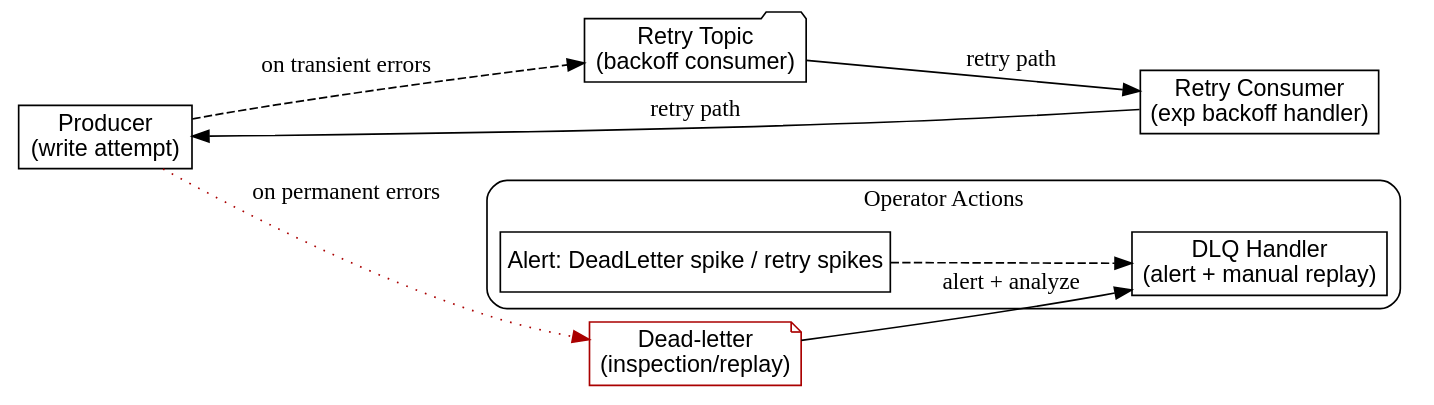
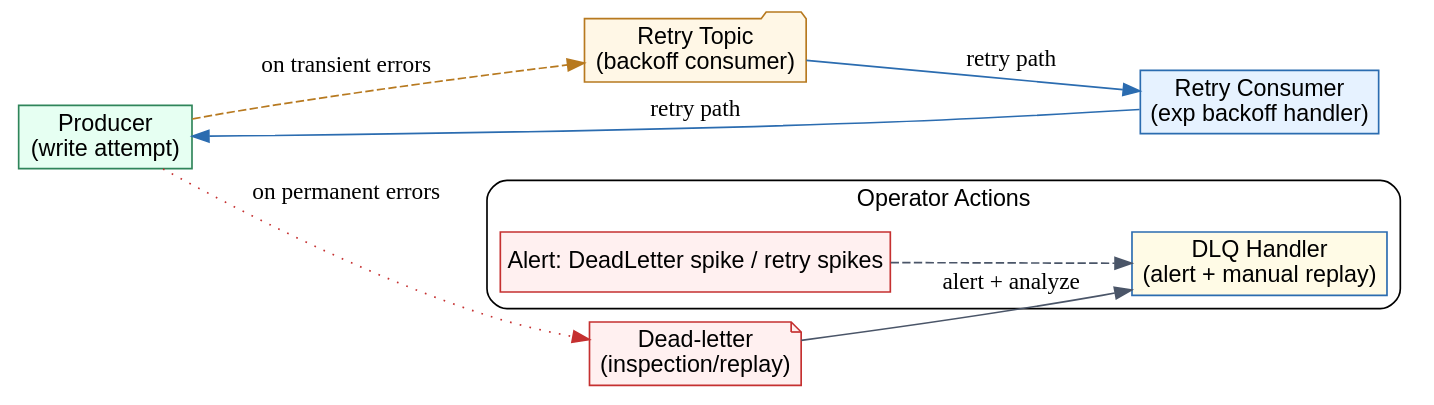
The diagram in doc/plantuml/retry_deadletter_flow.dot (maxiaolu1981/cretem), drawn with Graphviz before and after one commit. The commit also changed 26 other files, not shown here.

Commit message:
docs(diagrams): unify graphviz style (palette + fonts) and re-render

```diff
--- a/doc/plantuml/retry_deadletter_flow.dot
+++ b/doc/plantuml/retry_deadletter_flow.dot
@@ -1,22 +1,23 @@
 digraph retry_deadletter_flow {
   rankdir=LR;
-  node [shape=box, fontname="Arial"];
+  graph [fontname="Arial"];
+  node [shape=box, fontname="Arial", fillcolor="#F7FAFC", style=filled, color="#2B6CB0"];
 
-  producer [label="Producer\n(write attempt)"];
-  retry_topic [label="Retry Topic\n(backoff consumer)", shape=folder];
-  dead [label="Dead-letter\n(inspection/replay)", shape=note, color="#aa0000"];
-  retry_consumer [label="Retry Consumer\n(exp backoff handler)"];
-  dlq_handler [label="DLQ Handler\n(alert + manual replay)"];
+  producer [label="Producer\n(write attempt)", fillcolor="#E6FFF2", color="#2F855A"];
+  retry_topic [label="Retry Topic\n(backoff consumer)", shape=folder, fillcolor="#FFF7E6", color="#B7791F"];
+  dead [label="Dead-letter\n(inspection/replay)", shape=note, color="#C53030", fillcolor="#FFF0F0", style=filled];
+  retry_consumer [label="Retry Consumer\n(exp backoff handler)", fillcolor="#E6F2FF"];
+  dlq_handler [label="DLQ Handler\n(alert + manual replay)", fillcolor="#FFFBE6"];
 
-  producer -> retry_topic [label="on transient errors", style=dashed];
-  producer -> dead [label="on permanent errors", style=dotted, color="#aa0000"];
-  retry_topic -> retry_consumer -> producer [label="retry path"];
-  dead -> dlq_handler [label="alert + analyze"];
+  producer -> retry_topic [label="on transient errors", style=dashed, color="#B7791F"];
+  producer -> dead [label="on permanent errors", style=dotted, color="#C53030"];
+  retry_topic -> retry_consumer -> producer [label="retry path", color="#2B6CB0"];
+  dead -> dlq_handler [label="alert + analyze", color="#4A5568"];
 
   subgraph cluster_ops {
     label="Operator Actions";
     style=rounded;
-    alert [label="Alert: DeadLetter spike / retry spikes"];
-    alert -> dlq_handler [style=dashed];
+    alert [label="Alert: DeadLetter spike / retry spikes", fillcolor="#FFF0F0", color="#C53030"];
+    alert -> dlq_handler [style=dashed, color="#4A5568"];
   }
 }
```
